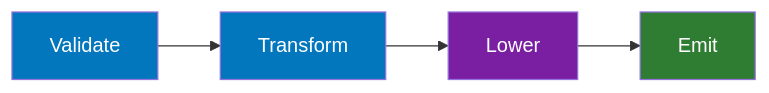
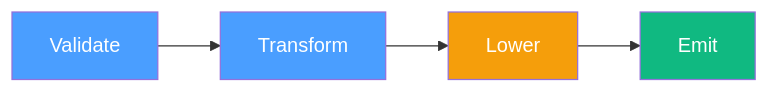
One commit to alnovis/ircraft changed the second of 2 diagrams in README.md. Above: the diagram before and after it, drawn with Mermaid. The commit also changed other lines of this file and 53 other files, not shown here.

First line of the commit message:
refactor(core): two-level Operation architecture with regions as source of truth

````diff
--- a/README.md
+++ b/README.md
@@ -140,9 +140,9 @@
 ```mermaid
 flowchart LR
     P1["Validate"] --> P2["Transform"] --> P3["Lower"] --> P4["Emit"]
 
-    style P1 fill:#0277bd,color:#fff
-    style P2 fill:#0277bd,color:#fff
-    style P3 fill:#7b1fa2,color:#fff
-    style P4 fill:#2e7d32,color:#fff
+    style P1 fill:#4a9eff,color:#fff
+    style P2 fill:#4a9eff,color:#fff
+    style P3 fill:#f59e0b,color:#fff
+    style P4 fill:#10b981,color:#fff
 ```
````
